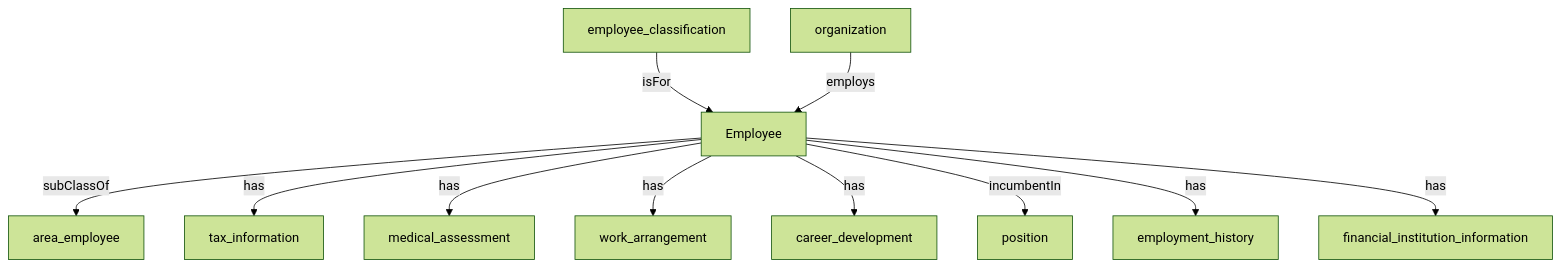
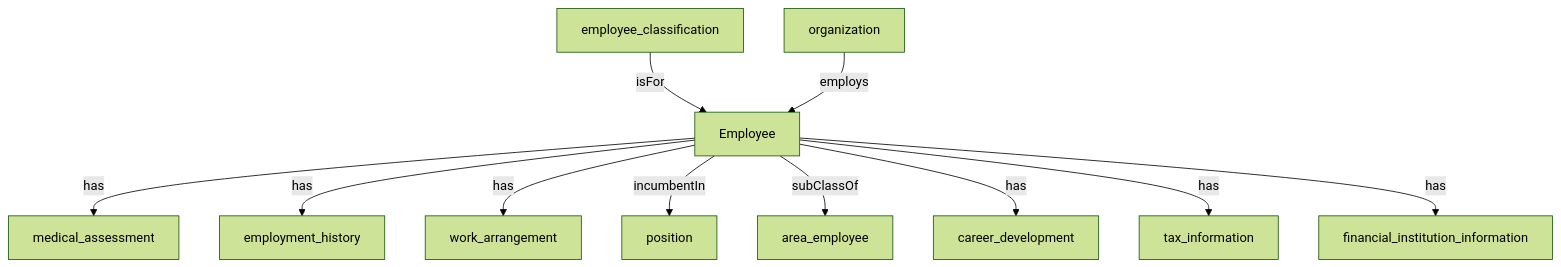
Before and after one commit to heidingaway/heidi2: the diagram in content/hr_data_model/employee.md, drawn with Mermaid (forest theme). The commit also changed other lines of this file and 350 other files, not shown here.

````diff
--- a/content/hr_data_model/employee.md
+++ b/content/hr_data_model/employee.md
@@ -35,24 +36,24 @@
 ```mermaid
 graph TD
   Employee["Employee"]:::current-page-node
   area_employee["area_employee"]
   career_development["career_development"]
   employment_history["employment_history"]
   financial_institution_information["financial_institution_information"]
   medical_assessment["medical_assessment"]
   tax_information["tax_information"]
   work_arrangement["work_arrangement"]
   position["position"]
   employee_classification["employee_classification"]
   organization["organization"]
+  Employee-->|" has "|medical_assessment
+  Employee-->|" has "|employment_history
+  Employee-->|" has "|work_arrangement
+  Employee-->|" incumbentIn "|position
+  employee_classification-->|" isFor "|Employee
+  organization-->|" employs "|Employee
   Employee-->|" subClassOf "|area_employee
+  Employee-->|" has "|career_development
   Employee-->|" has "|tax_information
-  employee_classification-->|" isFor "|Employee
-  Employee-->|" has "|medical_assessment
-  Employee-->|" has "|work_arrangement
-  Employee-->|" has "|career_development
-  organization-->|" employs "|Employee
-  Employee-->|" incumbentIn "|position
-  Employee-->|" has "|employment_history
   Employee-->|" has "|financial_institution_information
 ```
````
